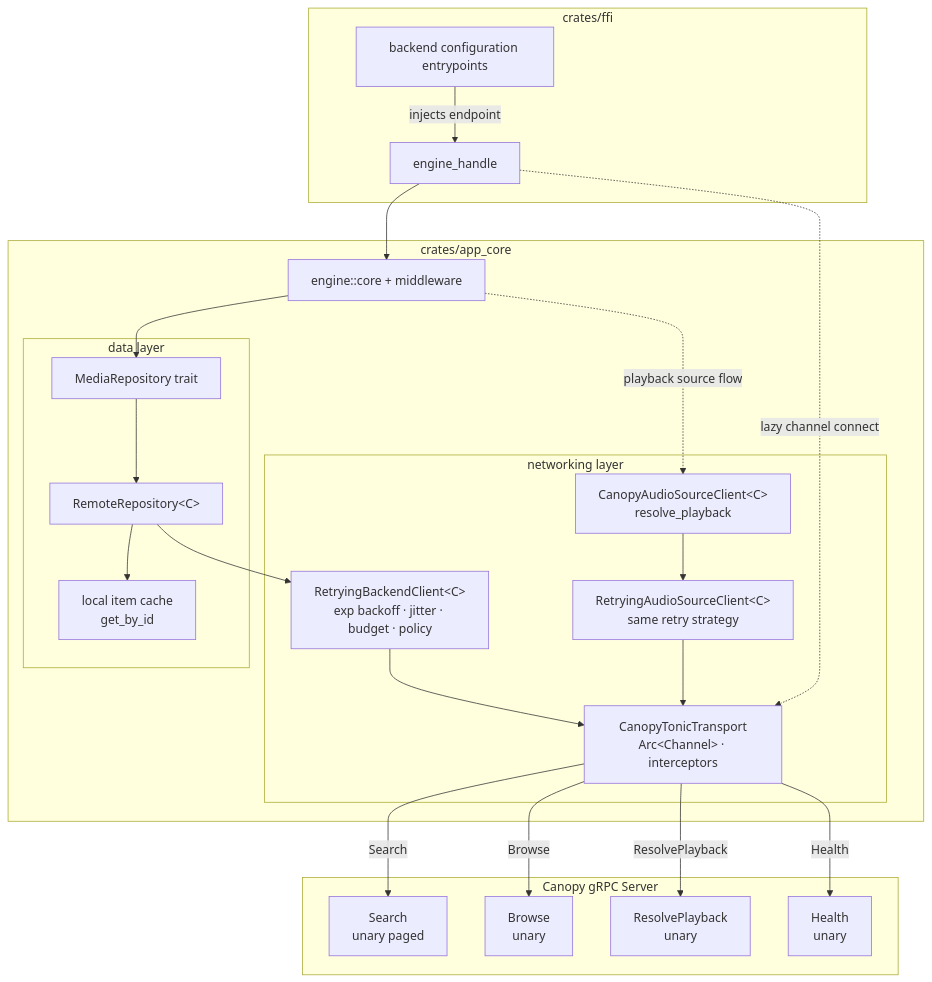
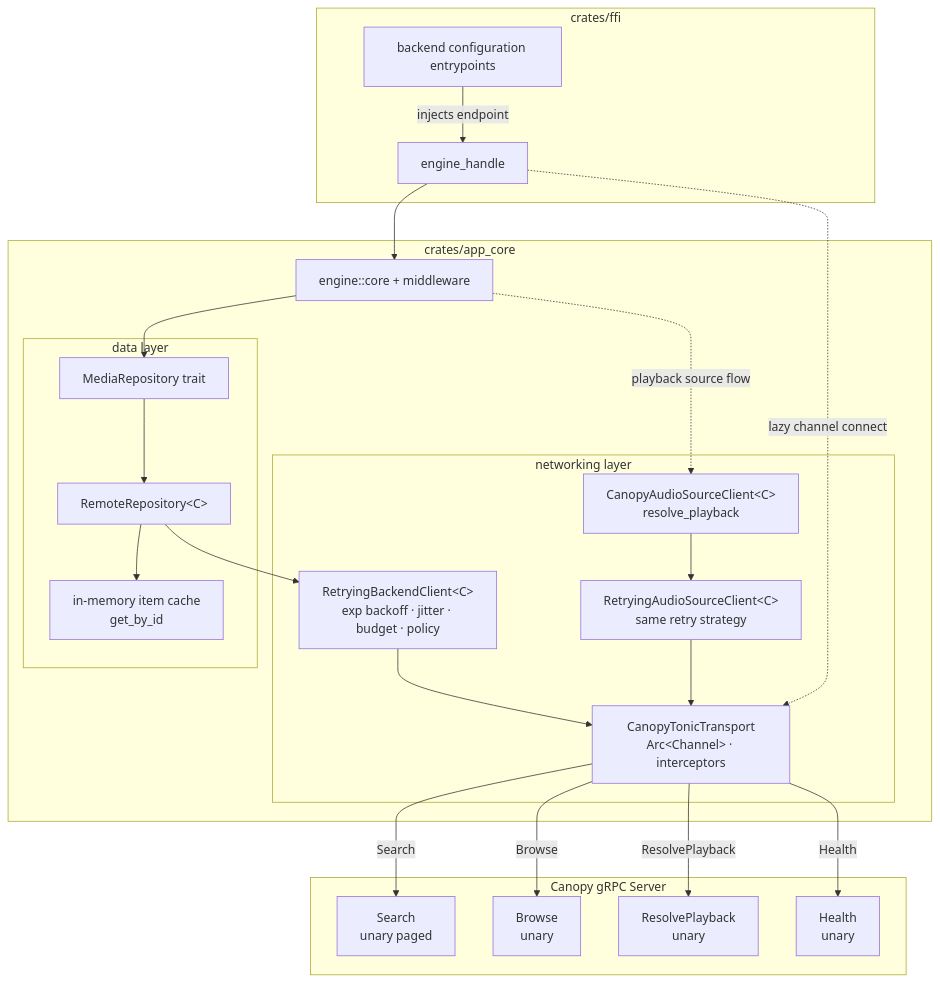
One commit to adrianrusu16/Media-App changed the second of 5 diagrams in rust/engine/README.md. Above: the diagram before and after it, drawn with Mermaid. The commit also changed other lines of this file and 29 other files, not shown here.

````diff
--- a/rust/engine/README.md
+++ b/rust/engine/README.md
@@ -174,49 +180,49 @@
 ```mermaid
 flowchart TB
     subgraph FFI[crates/ffi]
         HANDLE[engine_handle]
         API_CFG[backend configuration entrypoints]
     end
 
     subgraph Core[crates/app_core]
         ENGINE[engine::core + middleware]
 
         subgraph DataLayer[data layer]
             REPO_TRAIT[MediaRepository trait]
             REMOTE[RemoteRepository&lt;C&gt;]
-            CACHE[local item cache\nget_by_id]
+            CACHE[in-memory item cache\nget_by_id]
         end
 
         subgraph NetLayer[networking layer]
             RBC[RetryingBackendClient&lt;C&gt;\nexp backoff · jitter · budget · policy]
             RASC[RetryingAudioSourceClient&lt;C&gt;\nsame retry strategy]
             CASC[CanopyAudioSourceClient&lt;C&gt;\nresolve_playback]
             TRANSPORT[CanopyTonicTransport\nArc&lt;Channel&gt; · interceptors]
         end
     end
 
     subgraph Canopy[Canopy gRPC Server]
         SEARCH[Search\nunary paged]
         BROWSE[Browse\nunary]
         RESOLVE[ResolvePlayback\nunary]
         HEALTH[Health\nunary]
     end
 
     API_CFG -->|injects endpoint| HANDLE
     HANDLE --> ENGINE
     ENGINE --> REPO_TRAIT
     REPO_TRAIT --> REMOTE
     REMOTE --> CACHE
     REMOTE --> RBC
     RBC --> TRANSPORT
     CASC --> RASC
     RASC --> TRANSPORT
     ENGINE -.->|playback source flow| CASC
 
     TRANSPORT -->|Search| SEARCH
     TRANSPORT -->|Browse| BROWSE
     TRANSPORT -->|ResolvePlayback| RESOLVE
     TRANSPORT -->|Health| HEALTH
 
     HANDLE -.->|lazy channel connect| TRANSPORT
 ```
````
